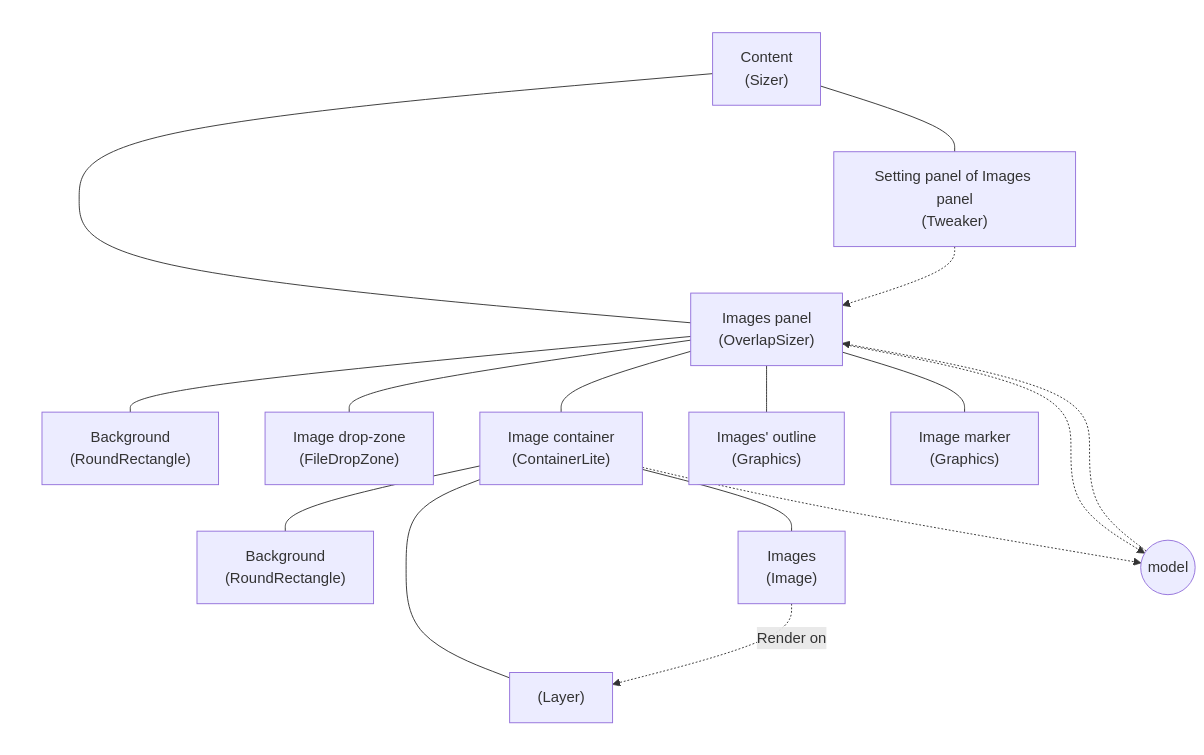
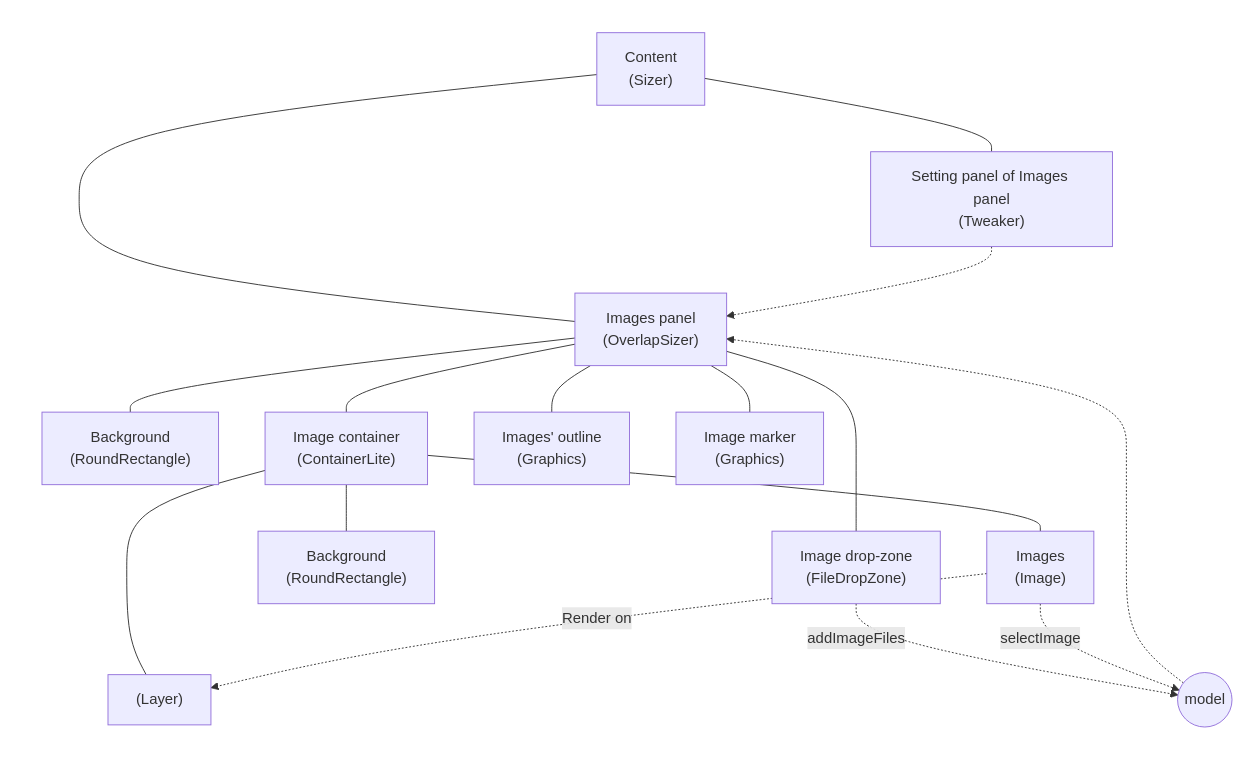
One commit to rexrainbow/phaser3-rex-playground changed the fourth of 4 diagrams in projects/atlas-packer/readme.md. Above: the diagram before and after it, drawn with Mermaid. The commit also changed other lines of this file, not shown here.

````diff
--- a/projects/atlas-packer/readme.md
+++ b/projects/atlas-packer/readme.md
@@ -82,31 +82,31 @@
 ```mermaid
 graph TD
 
 subgraph ui
   ContentPanel["Content<br>(Sizer)"]
   ContentPanel --- ImagesPanel["Images panel<br>(OverlapSizer)"]
   ImagesPanel --- ImagesPanelBackground["Background<br>(RoundRectangle)"]
   ImagesPanel --- ImageDropZone["Image drop-zone<br>(FileDropZone)"]
   ImagesPanel --- ImageContainer["Image container<br>(ContainerLite)"]
   ImagesPanel --- ImagesOutline["Images' outline<br>(Graphics)"]
   ImagesPanel --- ImageMarker["Image marker<br>(Graphics)"]
 
   ImageContainer --- ImageContainerBackground["Background<br>(RoundRectangle)"]
   ImageContainer --- Layer
   ImageContainer --- Images["Images<br>(Image)"]
   Images -.-> |Render on| Layer["(Layer)"]
 
   ContentPanel --- ImagesPanelSettingPanel["Setting panel of Images panel<br>(Tweaker)"] 
   ImagesPanelSettingPanel -.-> ImagesPanel
 end
 
 style ui color:transparent
 style ui fill:transparent
 style ui stroke:transparent
 
 
 model((model))
-ImagesPanel -.-> model
+ImageDropZone -.-> |addImageFiles| model
 model -.-> ImagesPanel
-ImageContainer -.-> model
+Images -.-> |selectImage| model
 ```
````
